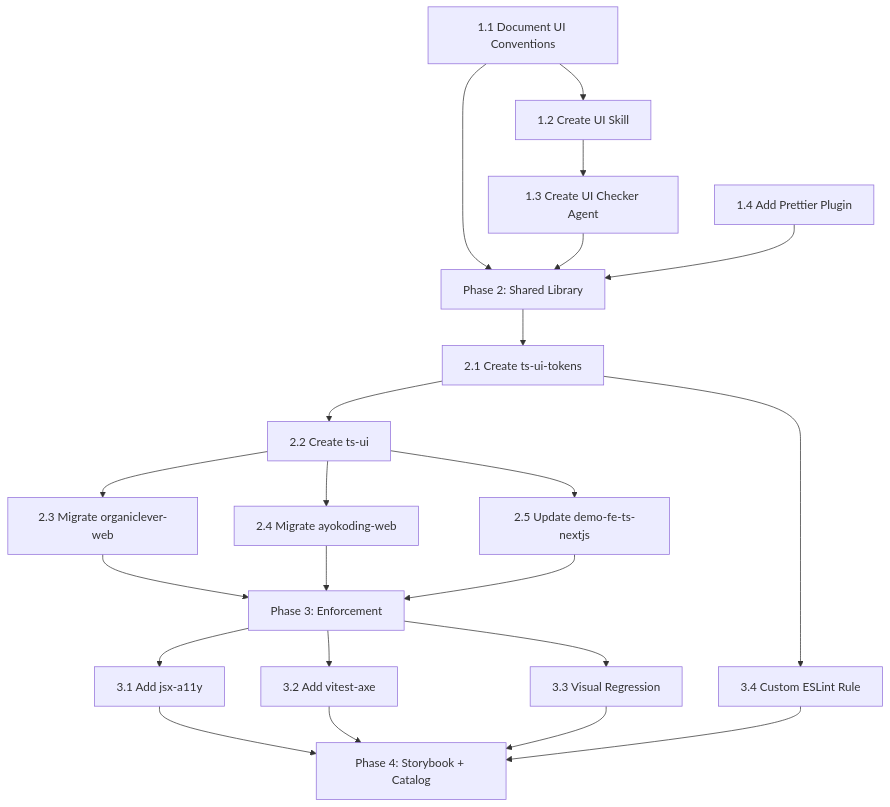
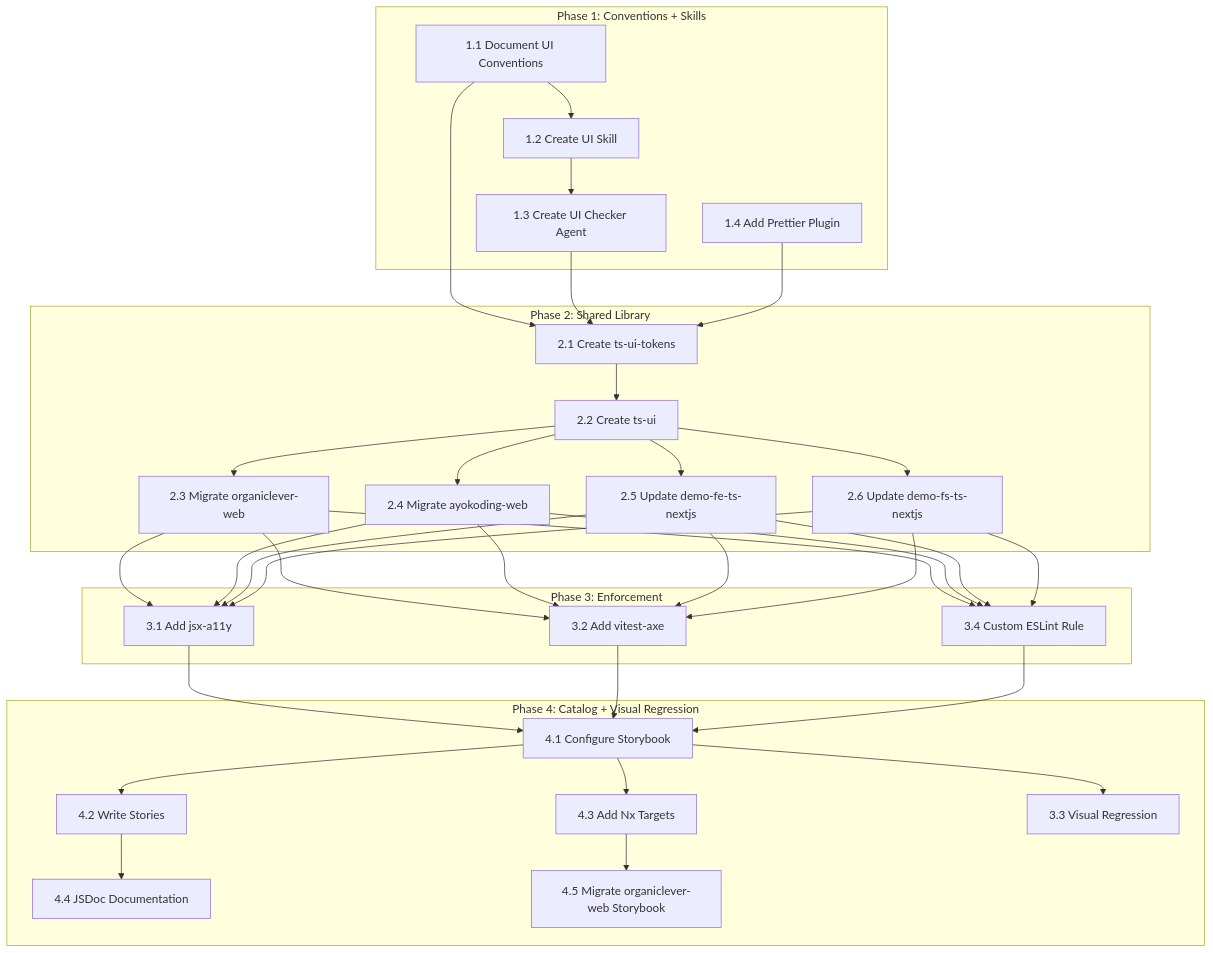
The diagram in plans/in-progress/2026-03-27__ui-development-improvement/delivery.md (wahidyankf/open-sharia-enterprise), drawn with Mermaid before and after one commit. The commit also changed other lines of this file and 4 other files, not shown here.

````diff
--- a/plans/in-progress/2026-03-27__ui-development-improvement/delivery.md
+++ b/plans/in-progress/2026-03-27__ui-development-improvement/delivery.md
@@ -212,18 +525,51 @@
 ```mermaid
 flowchart TD
-  A[1.1 Document UI Conventions] --> B[1.2 Create UI Skill]
-  B --> C[1.3 Create UI Checker Agent]
-  D[1.4 Add Prettier Plugin]
-  A & C & D --> E[Phase 2: Shared Library]
-  E --> F[2.1 Create ts-ui-tokens]
-  F --> G[2.2 Create ts-ui]
-  G --> H[2.3 Migrate organiclever-web]
-  G --> I[2.4 Migrate ayokoding-web]
-  G --> J[2.5 Update demo-fe-ts-nextjs]
-  H & I & J --> K[Phase 3: Enforcement]
-  K --> L[3.1 Add jsx-a11y]
-  K --> M[3.2 Add vitest-axe]
-  K --> N[3.3 Visual Regression]
-  F --> O[3.4 Custom ESLint Rule]
-  L & M & N & O --> P[Phase 4: Storybook + Catalog]
+  subgraph Phase1[Phase 1: Conventions + Skills]
+    A[1.1 Document UI Conventions]
+    B[1.2 Create UI Skill]
+    C[1.3 Create UI Checker Agent]
+    D[1.4 Add Prettier Plugin]
+    A --> B
+    B --> C
+  end
+
+  subgraph Phase2[Phase 2: Shared Library]
+    E[2.1 Create ts-ui-tokens]
+    F[2.2 Create ts-ui]
+    G[2.3 Migrate organiclever-web]
+    H[2.4 Migrate ayokoding-web]
+    I[2.5 Update demo-fe-ts-nextjs]
+    J[2.6 Update demo-fs-ts-nextjs]
+    E --> F
+    F --> G
+    F --> H
+    F --> I
+    F --> J
+  end
+
+  subgraph Phase3[Phase 3: Enforcement]
+    K[3.1 Add jsx-a11y]
+    L[3.2 Add vitest-axe]
+    N[3.4 Custom ESLint Rule]
+  end
+
+  subgraph Phase4[Phase 4: Catalog + Visual Regression]
+    O[4.1 Configure Storybook]
+    P[4.2 Write Stories]
+    Q[4.3 Add Nx Targets]
+    R[4.4 JSDoc Documentation]
+    S[4.5 Migrate organiclever-web Storybook]
+    M[3.3 Visual Regression]
+    O --> P
+    O --> Q
+    O --> M
+    P --> R
+    Q --> S
+  end
+
+  A & C & D --> E
+  G & H & I & J --> K
+  G & H & I & J --> L
+  G & H & I & J --> N
+  K & L & N --> O
 ```
````
